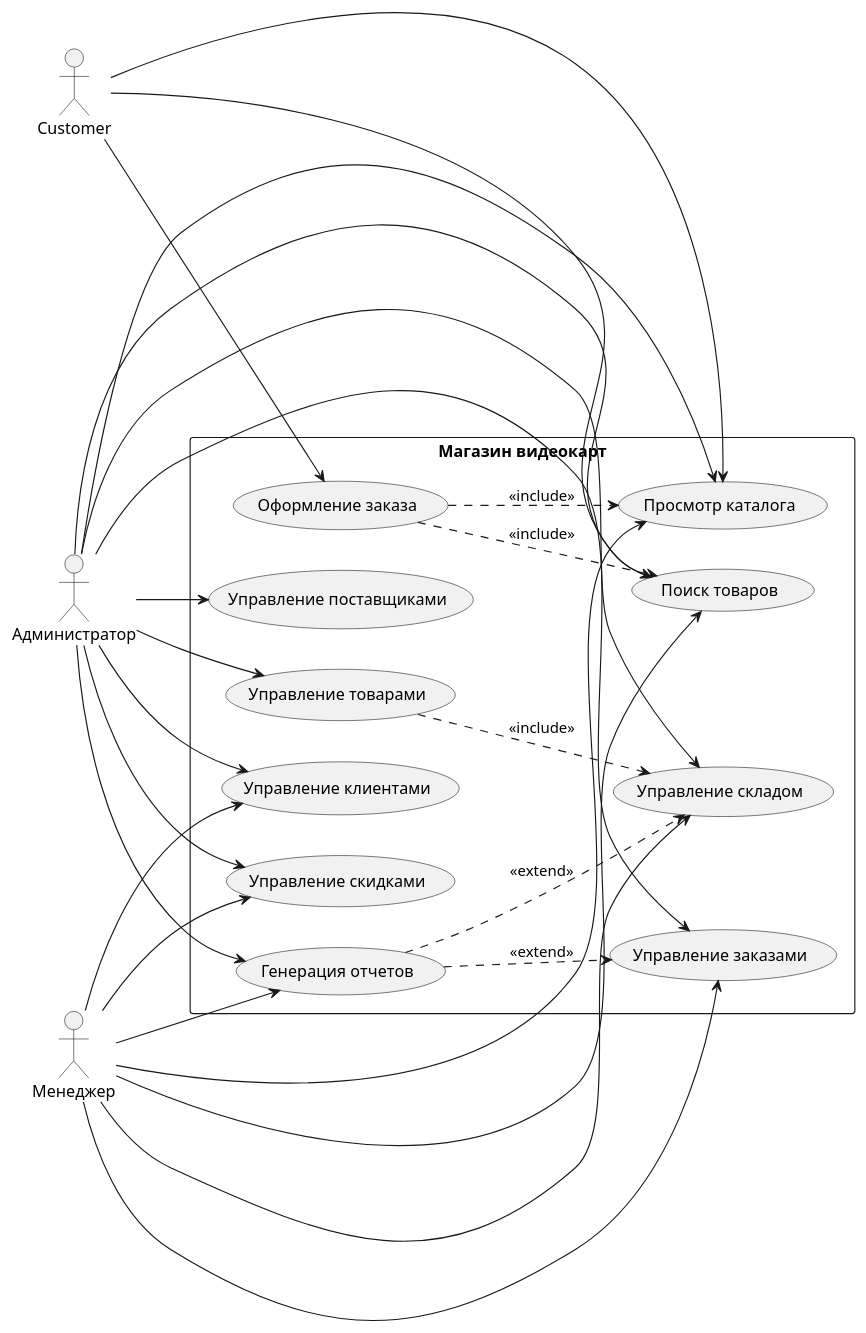
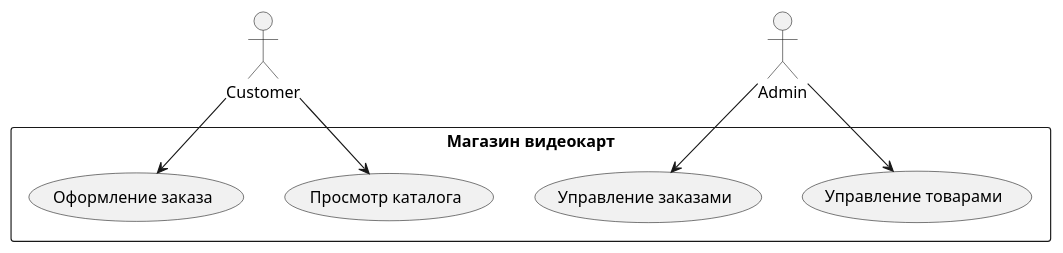
One commit to Kotaru16/qwe changed the diagram in Docs/use_case_diagram.puml. Above: the diagram before and after it, drawn with PlantUML. The commit also changed 5 other files, not shown here.

Commit message:
Add UML diagrams as PNG images

```diff
--- a/Docs/use_case_diagram.puml
+++ b/Docs/use_case_diagram.puml
@@ -1,51 +1,18 @@
-@startuml GPU Store Use Cases
-
-left to right direction
-skinparam packageStyle rectangle
+@startuml
 
 actor Customer
-actor "Администратор" as Admin
-actor "Менеджер" as Manager
+actor Admin
 
 rectangle "Магазин видеокарт" {
-    usecase "Просмотр каталога" as UC1
-    usecase "Поиск товаров" as UC2
-    usecase "Оформление заказа" as UC3
-    usecase "Управление заказами" as UC4
-    usecase "Управление товарами" as UC5
-    usecase "Управление клиентами" as UC6
-    usecase "Управление складом" as UC7
-    usecase "Управление скидками" as UC8
-    usecase "Генерация отчетов" as UC9
-    usecase "Управление поставщиками" as UC10
+    usecase "Просмотр каталога"
+    usecase "Оформление заказа"
+    usecase "Управление товарами"
+    usecase "Управление заказами"
 }
 
-Customer --> UC1
-Customer --> UC2
-Customer --> UC3
-
-Manager --> UC1
-Manager --> UC2
-Manager --> UC4
-Manager --> UC6
-Manager --> UC7
-Manager --> UC8
-Manager --> UC9
-
-Admin --> UC1
-Admin --> UC2
-Admin --> UC4
-Admin --> UC5
-Admin --> UC6
-Admin --> UC7
-Admin --> UC8
-Admin --> UC9
-Admin --> UC10
-
-UC3 ..> UC1 : <<include>>
-UC3 ..> UC2 : <<include>>
-UC5 ..> UC7 : <<include>>
-UC9 ..> UC4 : <<extend>>
-UC9 ..> UC7 : <<extend>>
+Customer --> "Просмотр каталога"
+Customer --> "Оформление заказа"
+Admin --> "Управление товарами"
+Admin --> "Управление заказами"
 
 @enduml 
```
